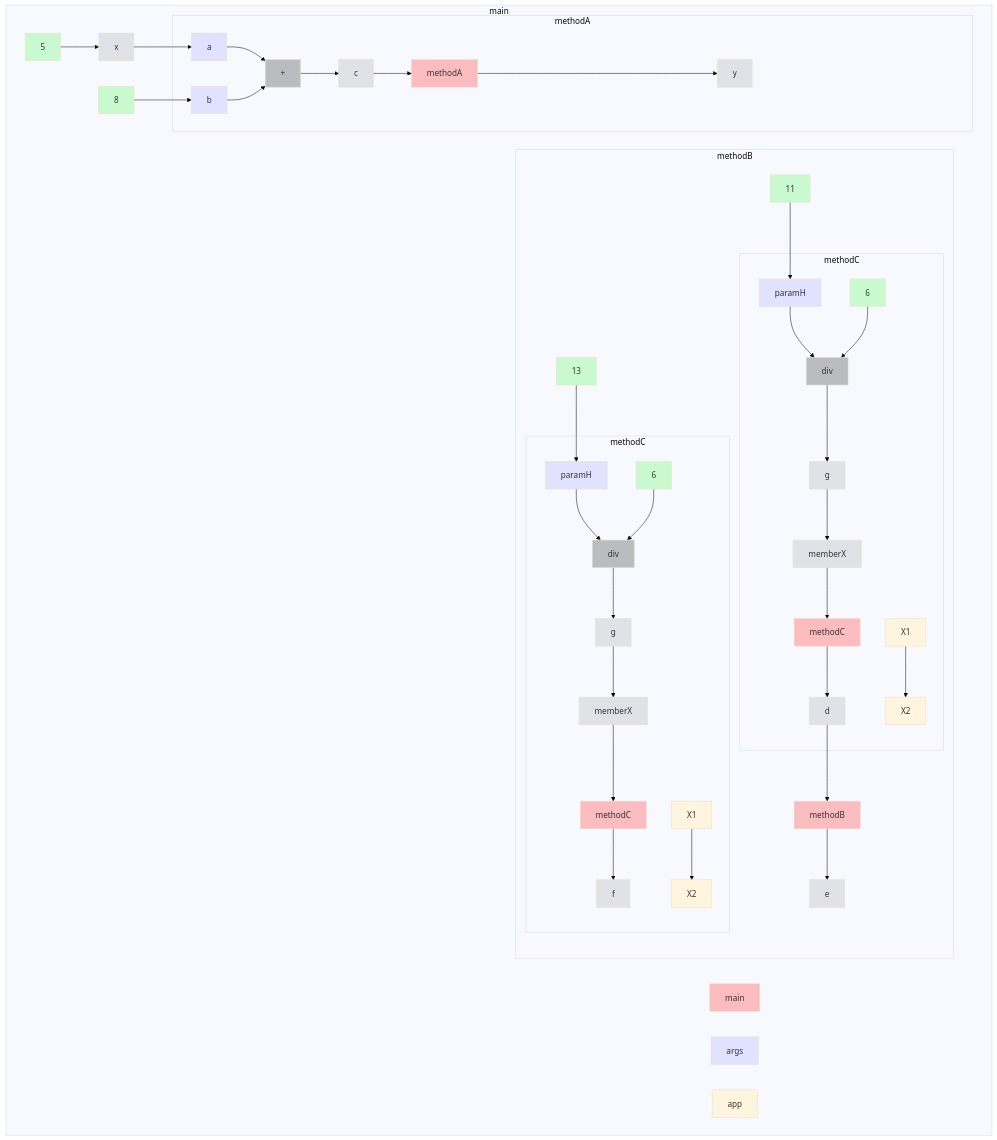
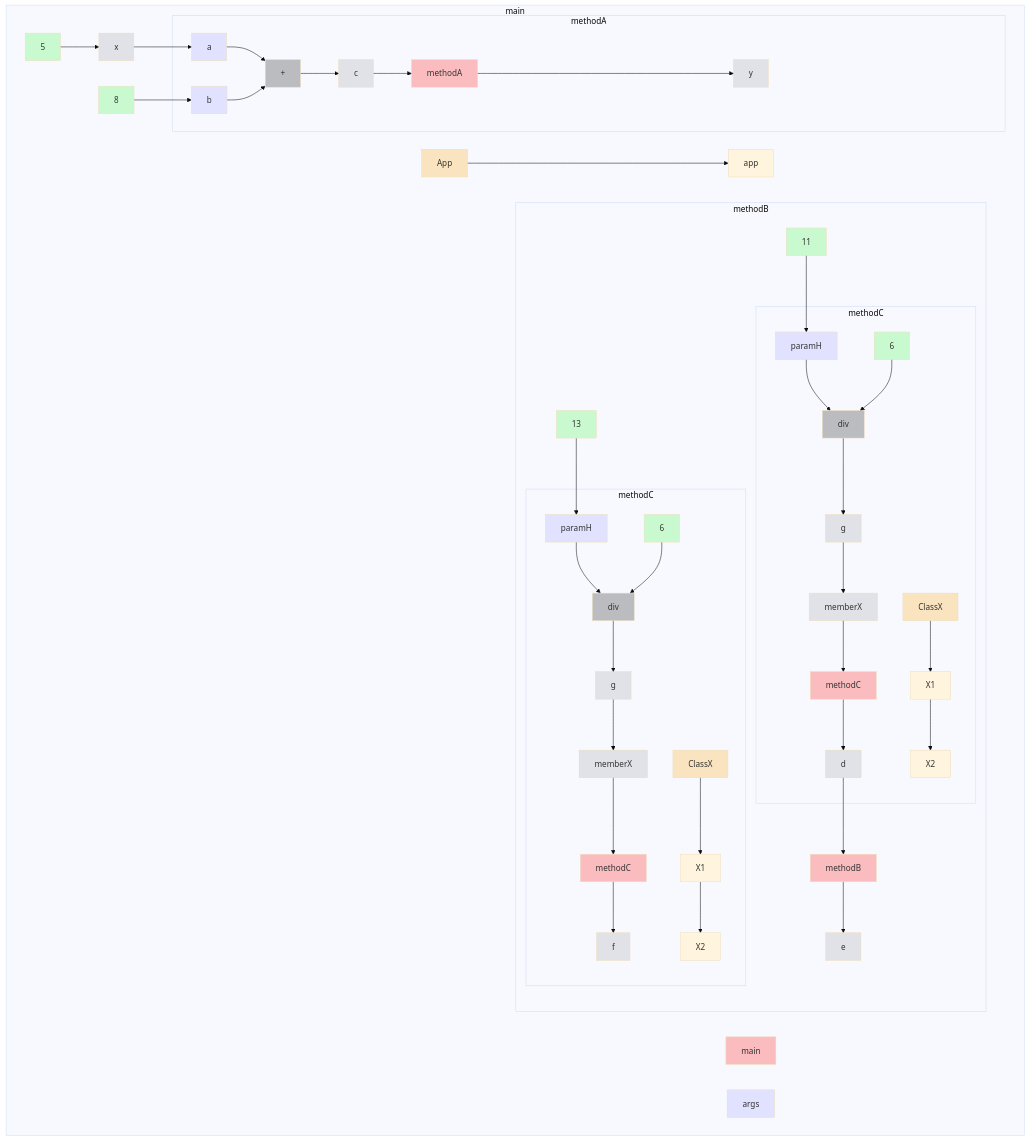
Before and after one commit to gstiebler/codeflow: the diagram in app/src/test/resources/funcCall/truth.md, drawn with Mermaid (base theme). The commit also changed 57 other files, not shown here.

```diff
--- a/app/src/test/resources/funcCall/truth.md
+++ b/app/src/test/resources/funcCall/truth.md
@@ -8,10 +8,12 @@
     n5[y]:::VARIABLE
     n6[8]:::LITERAL
     n13[app]:::OBJ_VARIABLE
-    n14[e]:::VARIABLE
+    n14[App]:::EXTERNAL
+    n15[e]:::VARIABLE
     n3[x]:::VARIABLE --> n9[a]:::FUNC_PARAM
     n4[5]:::LITERAL --> n3[x]:::VARIABLE
     n6[8]:::LITERAL --> n10[b]:::FUNC_PARAM
+    n14[App]:::EXTERNAL --> n13[app]:::OBJ_VARIABLE
     subgraph b7["methodA"]
       n8[methodA]:::RETURN
       n9[a]:::FUNC_PARAM
@@ -24,49 +26,53 @@
       n11[c]:::VARIABLE --> n8[methodA]:::RETURN
       n12[+]:::BIN_OP --> n11[c]:::VARIABLE
     end
-    subgraph b15["methodB"]
-      n16[methodB]:::RETURN
-      n17[d]:::VARIABLE
-      n18[11]:::LITERAL
-      n28[f]:::VARIABLE
-      n29[13]:::LITERAL
-      n16[methodB]:::RETURN --> n14[e]:::VARIABLE
-      n17[d]:::VARIABLE --> n16[methodB]:::RETURN
-      n18[11]:::LITERAL --> n21[paramH]:::FUNC_PARAM
-      n29[13]:::LITERAL --> n32[paramH]:::FUNC_PARAM
-      subgraph b19["methodC"]
-        n20[methodC]:::RETURN
-        n21[paramH]:::FUNC_PARAM
-        n22[g]:::VARIABLE
-        n23[6]:::LITERAL
-        n24[div]:::BIN_OP
-        n25[X1]:::OBJ_VARIABLE
-        n26[memberX]:::VARIABLE
-        n27[X2]:::OBJ_VARIABLE
-        n20[methodC]:::RETURN --> n17[d]:::VARIABLE
-        n21[paramH]:::FUNC_PARAM --> n24[div]:::BIN_OP
-        n22[g]:::VARIABLE --> n26[memberX]:::VARIABLE
-        n23[6]:::LITERAL --> n24[div]:::BIN_OP
-        n24[div]:::BIN_OP --> n22[g]:::VARIABLE
-        n25[X1]:::OBJ_VARIABLE --> n27[X2]:::OBJ_VARIABLE
-        n26[memberX]:::VARIABLE --> n20[methodC]:::RETURN
+    subgraph b16["methodB"]
+      n17[methodB]:::RETURN
+      n18[d]:::VARIABLE
+      n19[11]:::LITERAL
+      n30[f]:::VARIABLE
+      n31[13]:::LITERAL
+      n17[methodB]:::RETURN --> n15[e]:::VARIABLE
+      n18[d]:::VARIABLE --> n17[methodB]:::RETURN
+      n19[11]:::LITERAL --> n22[paramH]:::FUNC_PARAM
+      n31[13]:::LITERAL --> n34[paramH]:::FUNC_PARAM
+      subgraph b20["methodC"]
+        n21[methodC]:::RETURN
+        n22[paramH]:::FUNC_PARAM
+        n23[g]:::VARIABLE
+        n24[6]:::LITERAL
+        n25[div]:::BIN_OP
+        n26[X1]:::OBJ_VARIABLE
+        n27[ClassX]:::EXTERNAL
+        n28[memberX]:::VARIABLE
+        n29[X2]:::OBJ_VARIABLE
+        n21[methodC]:::RETURN --> n18[d]:::VARIABLE
+        n22[paramH]:::FUNC_PARAM --> n25[div]:::BIN_OP
+        n23[g]:::VARIABLE --> n28[memberX]:::VARIABLE
+        n24[6]:::LITERAL --> n25[div]:::BIN_OP
+        n25[div]:::BIN_OP --> n23[g]:::VARIABLE
+        n26[X1]:::OBJ_VARIABLE --> n29[X2]:::OBJ_VARIABLE
+        n27[ClassX]:::EXTERNAL --> n26[X1]:::OBJ_VARIABLE
+        n28[memberX]:::VARIABLE --> n21[methodC]:::RETURN
       end
-      subgraph b30["methodC"]
-        n31[methodC]:::RETURN
-        n32[paramH]:::FUNC_PARAM
-        n33[g]:::VARIABLE
-        n34[6]:::LITERAL
-        n35[div]:::BIN_OP
-        n36[X1]:::OBJ_VARIABLE
-        n37[memberX]:::VARIABLE
-        n38[X2]:::OBJ_VARIABLE
-        n31[methodC]:::RETURN --> n28[f]:::VARIABLE
-        n32[paramH]:::FUNC_PARAM --> n35[div]:::BIN_OP
-        n33[g]:::VARIABLE --> n37[memberX]:::VARIABLE
-        n34[6]:::LITERAL --> n35[div]:::BIN_OP
-        n35[div]:::BIN_OP --> n33[g]:::VARIABLE
-        n36[X1]:::OBJ_VARIABLE --> n38[X2]:::OBJ_VARIABLE
-        n37[memberX]:::VARIABLE --> n31[methodC]:::RETURN
+      subgraph b32["methodC"]
+        n33[methodC]:::RETURN
+        n34[paramH]:::FUNC_PARAM
+        n35[g]:::VARIABLE
+        n36[6]:::LITERAL
+        n37[div]:::BIN_OP
+        n38[X1]:::OBJ_VARIABLE
+        n39[ClassX]:::EXTERNAL
+        n40[memberX]:::VARIABLE
+        n41[X2]:::OBJ_VARIABLE
+        n33[methodC]:::RETURN --> n30[f]:::VARIABLE
+        n34[paramH]:::FUNC_PARAM --> n37[div]:::BIN_OP
+        n35[g]:::VARIABLE --> n40[memberX]:::VARIABLE
+        n36[6]:::LITERAL --> n37[div]:::BIN_OP
+        n37[div]:::BIN_OP --> n35[g]:::VARIABLE
+        n38[X1]:::OBJ_VARIABLE --> n41[X2]:::OBJ_VARIABLE
+        n39[ClassX]:::EXTERNAL --> n38[X1]:::OBJ_VARIABLE
+        n40[memberX]:::VARIABLE --> n33[methodC]:::RETURN
       end
     end
   end
```
